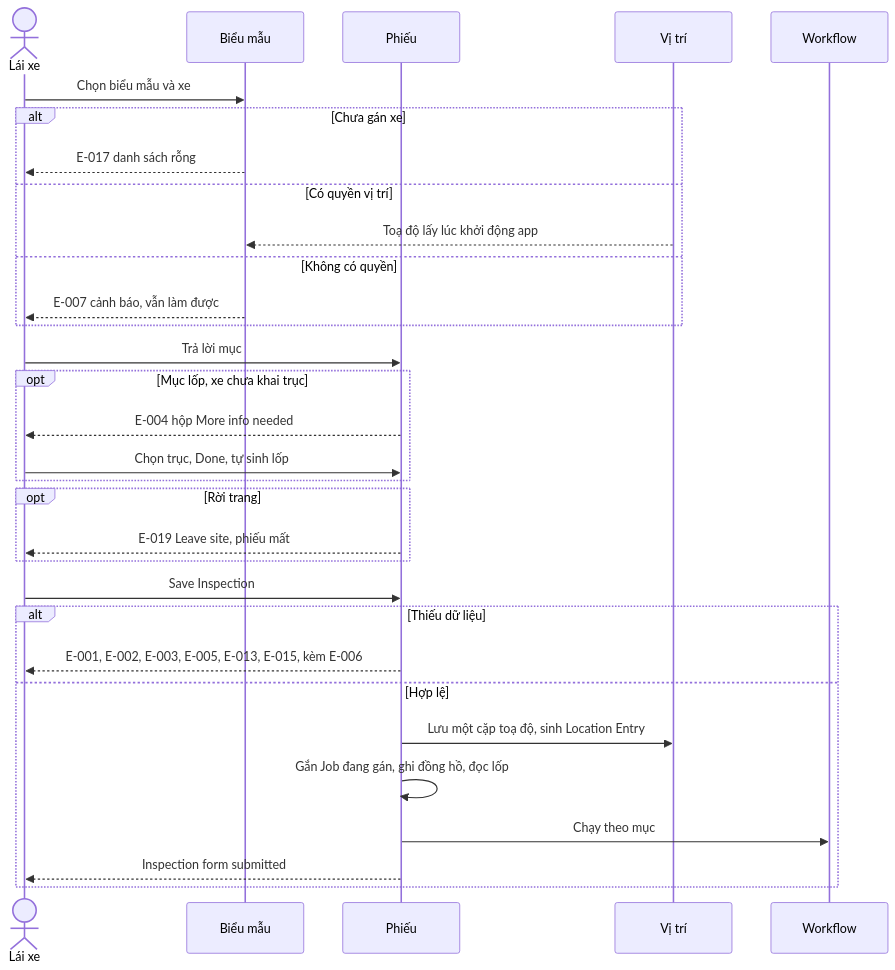
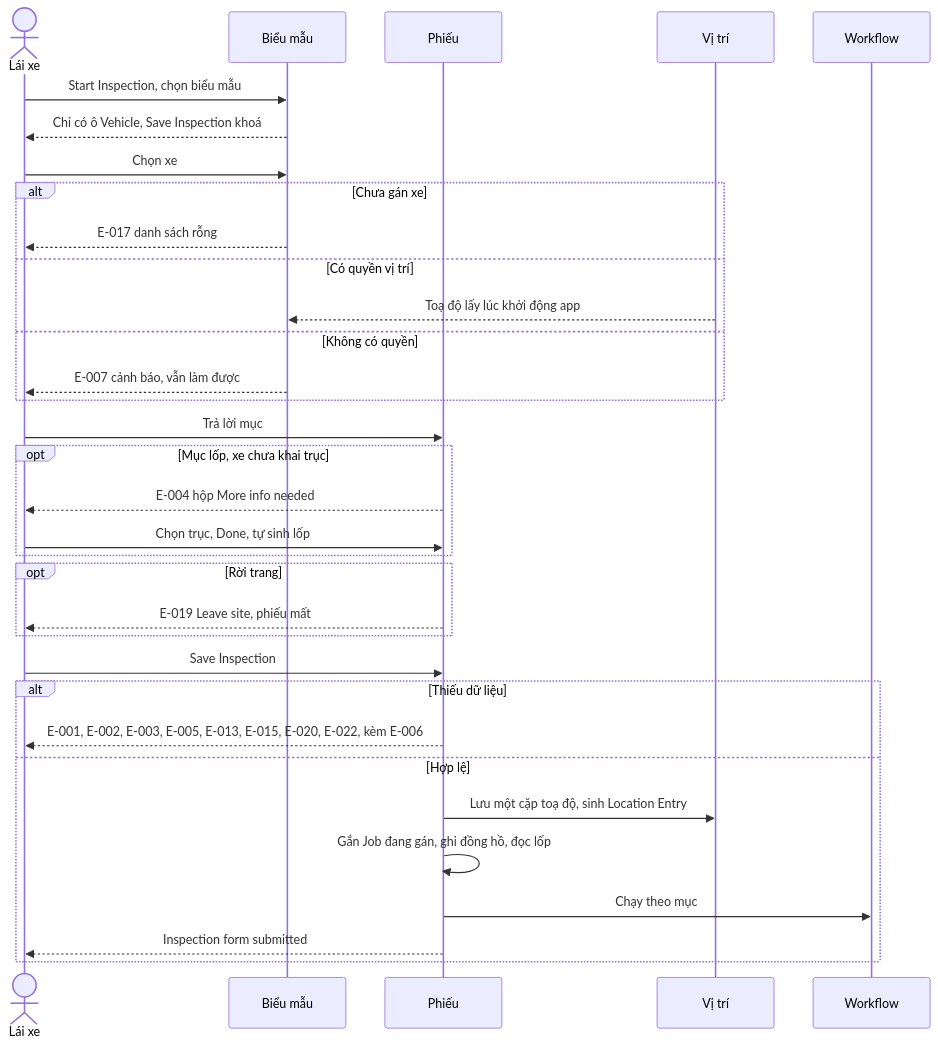
Before and after one commit to szitphan/invlogis: the ninth of 17 diagrams in docs/_research/fleetio/srs/fleetio-reminders-inspection-flows.md, drawn with Mermaid. The commit also changed other lines of this file and 113 other files, not shown here.

````diff
--- a/docs/_research/fleetio/srs/fleetio-reminders-inspection-flows.md
+++ b/docs/_research/fleetio/srs/fleetio-reminders-inspection-flows.md
@@ -228,33 +249,35 @@
 ```mermaid
 sequenceDiagram
     actor L as Lái xe
     participant F as Biểu mẫu
     participant S as Phiếu
     participant G as Vị trí
     participant W as Workflow
-    L->>F: Chọn biểu mẫu và xe
+    L->>F: Start Inspection, chọn biểu mẫu
+    F-->>L: Chỉ có ô Vehicle, Save Inspection khoá
+    L->>F: Chọn xe
     alt Chưa gán xe
         F-->>L: E-017 danh sách rỗng
     else Có quyền vị trí
         G-->>F: Toạ độ lấy lúc khởi động app
     else Không có quyền
         F-->>L: E-007 cảnh báo, vẫn làm được
     end
     L->>S: Trả lời mục
     opt Mục lốp, xe chưa khai trục
         S-->>L: E-004 hộp More info needed
         L->>S: Chọn trục, Done, tự sinh lốp
     end
     opt Rời trang
         S-->>L: E-019 Leave site, phiếu mất
     end
     L->>S: Save Inspection
     alt Thiếu dữ liệu
-        S-->>L: E-001, E-002, E-003, E-005, E-013, E-015, kèm E-006
+        S-->>L: E-001, E-002, E-003, E-005, E-013, E-015, E-020, E-022, kèm E-006
     else Hợp lệ
         S->>G: Lưu một cặp toạ độ, sinh Location Entry
         S->>S: Gắn Job đang gán, ghi đồng hồ, đọc lốp
         S->>W: Chạy theo mục
         S-->>L: Inspection form submitted
     end
 ```
````
